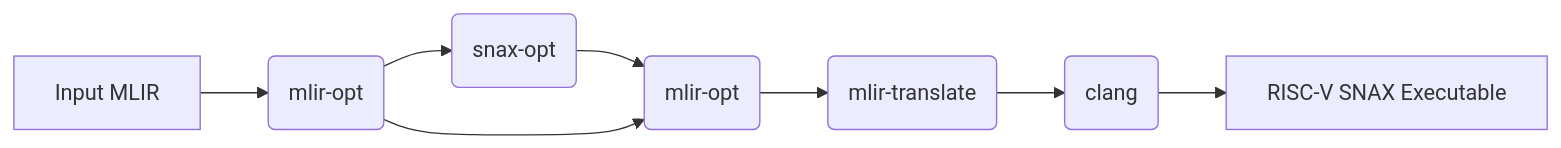
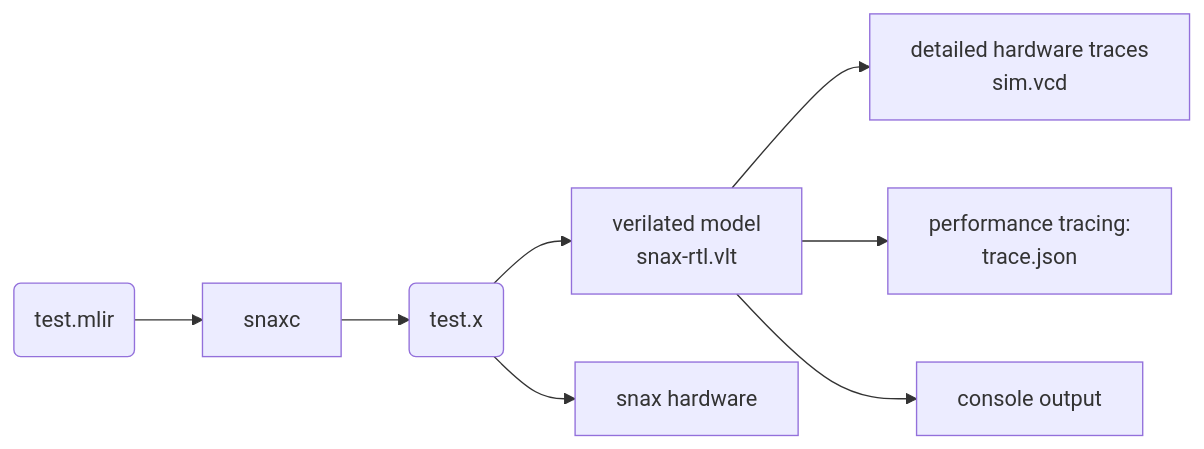
One commit to KULeuven-MICAS/snax-mlir changed the diagram in README.md. Above: the diagram before and after it, drawn with Mermaid. The commit also changed other lines of this file and 1 other file, not shown here.

````diff
--- a/README.md
+++ b/README.md
@@ -11,6 +28,8 @@
 ```mermaid
 graph LR
-    A[Input MLIR] --> B(mlir-opt) --> C(snax-opt) --> D(mlir-opt)--> E(mlir-translate)
-    B --> D
-    E --> F(clang) --> G[RISC-V SNAX Executable]
+    A(test.mlir) --> B[snaxc] --> C(test.x) --> D[verilated model<br>snax-rtl.vlt] --> E[detailed hardware traces<br>sim.vcd]
+    D --> F[performance tracing:<br>trace.json]
+    D --> G[console output]
+    C --> H[snax hardware]
+
 ```
````
